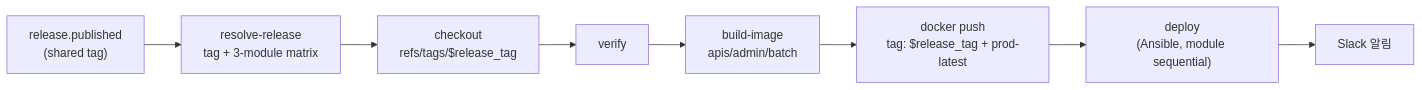
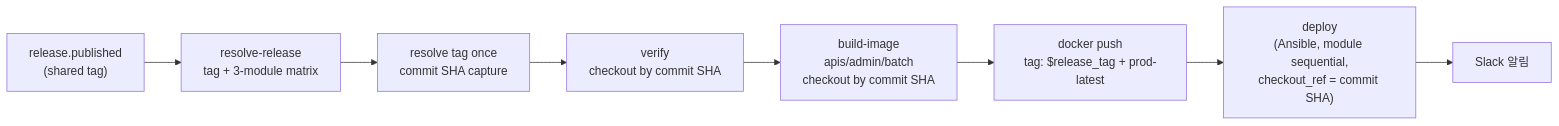
The third of 10 diagrams in infra/README.md (TEAM-BEAT/BEAT-SERVER), drawn with Mermaid before and after one commit. The commit also changed other lines of this file, not shown here.

First line of the commit message:
chore: align infra README with the current deploy implementation

````diff
--- a/infra/README.md
+++ b/infra/README.md
@@ -170,10 +173,10 @@
 ```mermaid
 flowchart LR
     A["release.published<br/>(shared tag)"] --> B["resolve-release<br/>tag + 3-module matrix"]
-    B --> C["checkout<br/>refs/tags/$release_tag"]
-    C --> D["verify"]
-    D --> E["build-image<br/>apis/admin/batch"]
+    B --> C["resolve tag once<br/>commit SHA capture"]
+    C --> D["verify<br/>checkout by commit SHA"]
+    D --> E["build-image<br/>apis/admin/batch<br/>checkout by commit SHA"]
     E --> F["docker push<br/>tag: $release_tag + prod-latest"]
-    F --> G["deploy<br/>(Ansible, module sequential)"]
+    F --> G["deploy<br/>(Ansible, module sequential,<br/>checkout_ref = commit SHA)"]
     G --> H["Slack 알림"]
 ```
````
